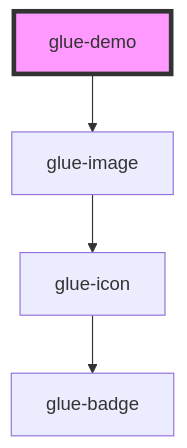
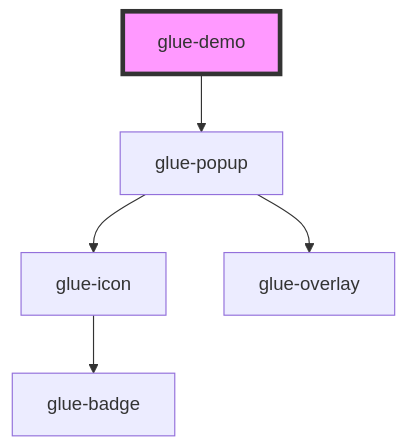
One commit to grasilife/glue changed the diagram in packages/glue-components/src/components/glue-demo/readme.md. Above: the diagram before and after it, drawn with Mermaid. The commit also changed other lines of this file and 8 other files, not shown here.

````diff
--- a/packages/glue-components/src/components/glue-demo/readme.md
+++ b/packages/glue-components/src/components/glue-demo/readme.md
@@ -22,7 +22,8 @@
 ```mermaid
 graph TD;
-  glue-demo --> glue-image
-  glue-image --> glue-icon
+  glue-demo --> glue-popup
+  glue-popup --> glue-icon
+  glue-popup --> glue-overlay
   glue-icon --> glue-badge
   style glue-demo fill:#f9f,stroke:#333,stroke-width:4px
 ```
````
